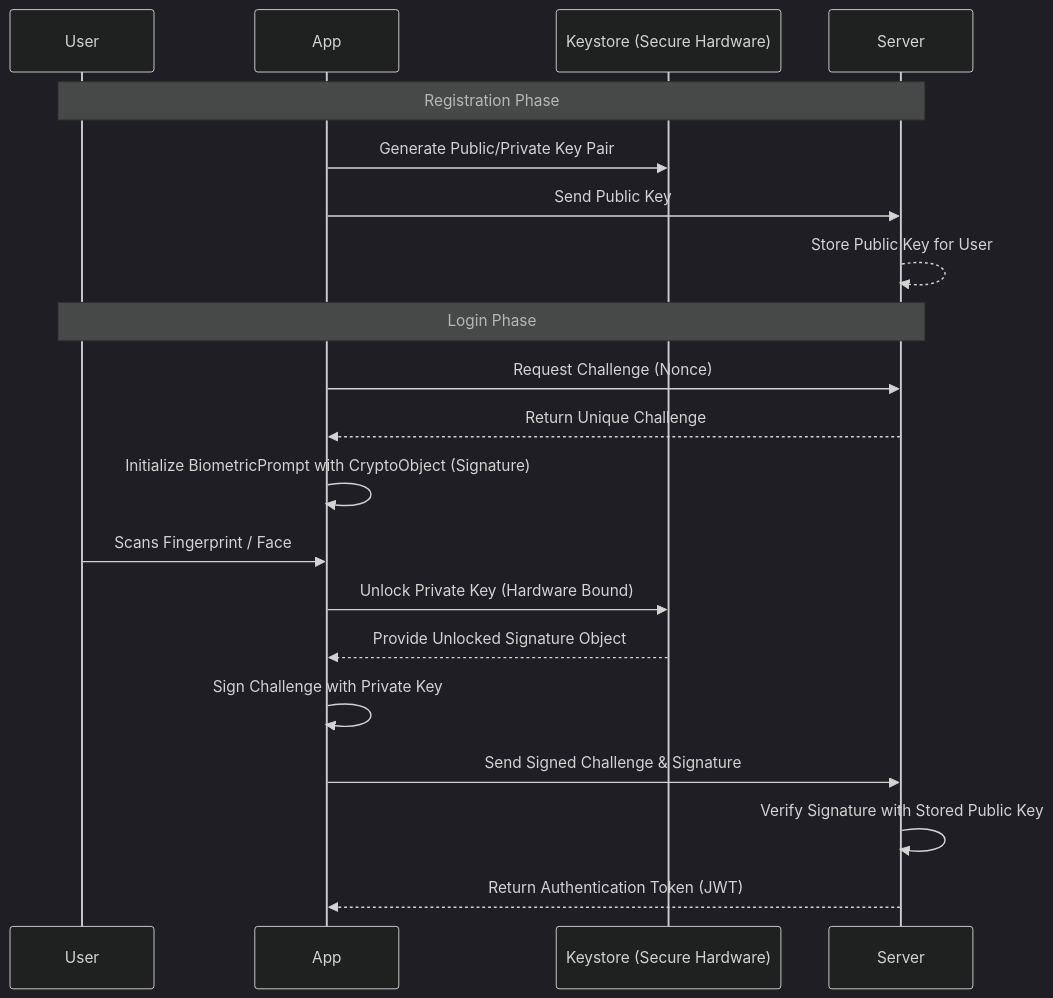
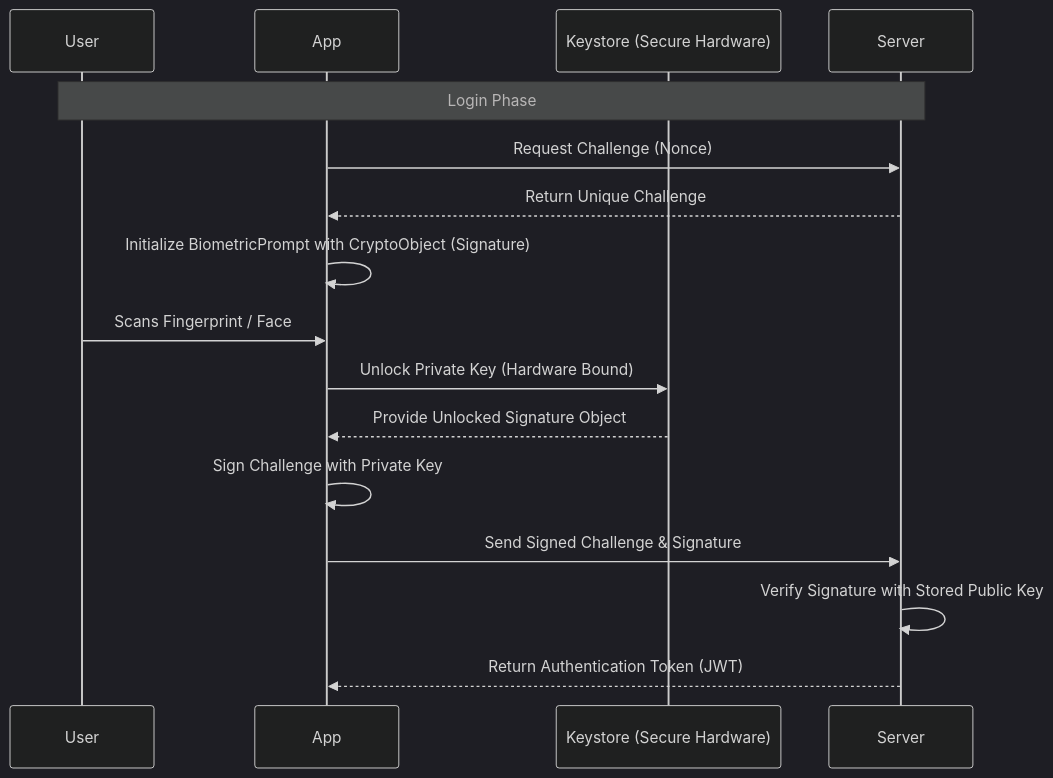
Before and after one commit to RajendrakumarDabhi/AndroidSecureLogin: the first of 2 diagrams in README.md, drawn with Mermaid (dark theme). The commit also changed other lines of this file, not shown here.

````diff
--- a/README.md
+++ b/README.md
@@ -44,24 +44,19 @@
 ```mermaid
 sequenceDiagram
     participant User
     participant App
     participant Android_Keystore as Keystore (Secure Hardware)
     participant Server
-
-    Note over User, Server: Registration Phase
-    App->>Android_Keystore: Generate Public/Private Key Pair
-    App->>Server: Send Public Key
-    Server-->>Server: Store Public Key for User
 
     Note over User, Server: Login Phase
     App->>Server: Request Challenge (Nonce)
     Server-->>App: Return Unique Challenge
     App->>App: Initialize BiometricPrompt with CryptoObject (Signature)
     User->>App: Scans Fingerprint / Face
     App->>Android_Keystore: Unlock Private Key (Hardware Bound)
     Android_Keystore-->>App: Provide Unlocked Signature Object
     App->>App: Sign Challenge with Private Key
     App->>Server: Send Signed Challenge & Signature
     Server->>Server: Verify Signature with Stored Public Key
     Server-->>App: Return Authentication Token (JWT)
 ```
````
